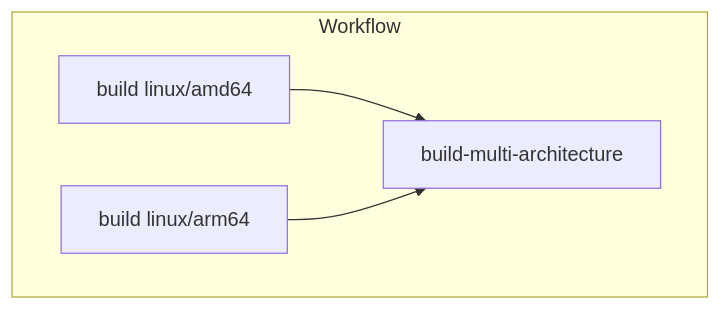
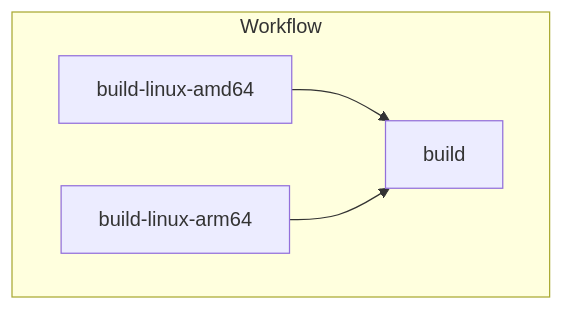
One commit to int128/docker-manifest-create-action changed the second of 2 diagrams in README.md. Above: the diagram before and after it, drawn with Mermaid. The commit also changed other lines of this file and 8 other files, not shown here.

````diff
--- a/README.md
+++ b/README.md
@@ -137,8 +105,7 @@
 ```mermaid
 graph TB
   subgraph Workflow
-    amd64[build linux/amd64] --> build-multi-architecture
-    arm64[build linux/arm64] --> build-multi-architecture
-    build-multi-architecture
+    build-linux-amd64 --> build
+    build-linux-arm64 --> build
   end
 ```
````
